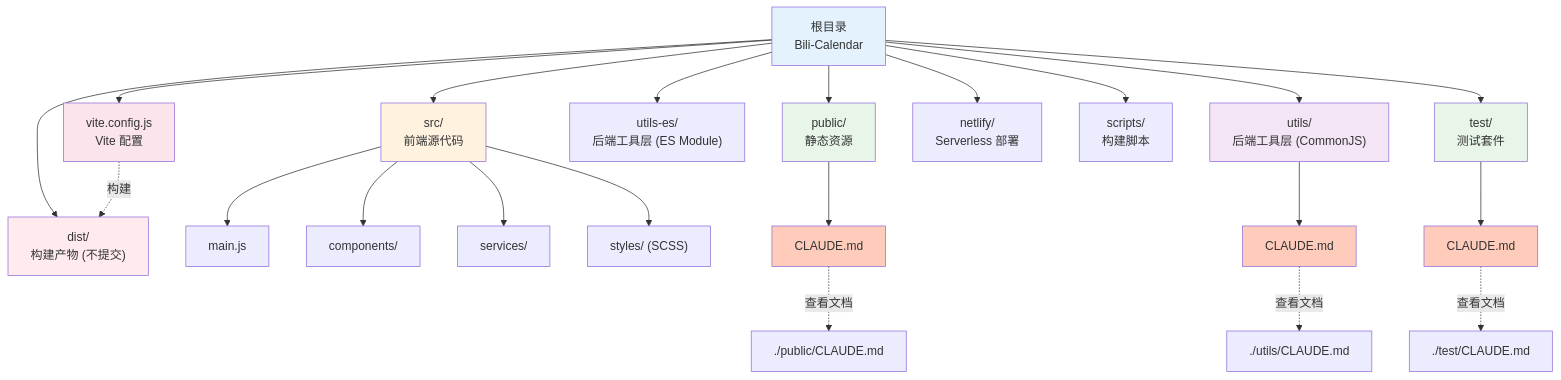
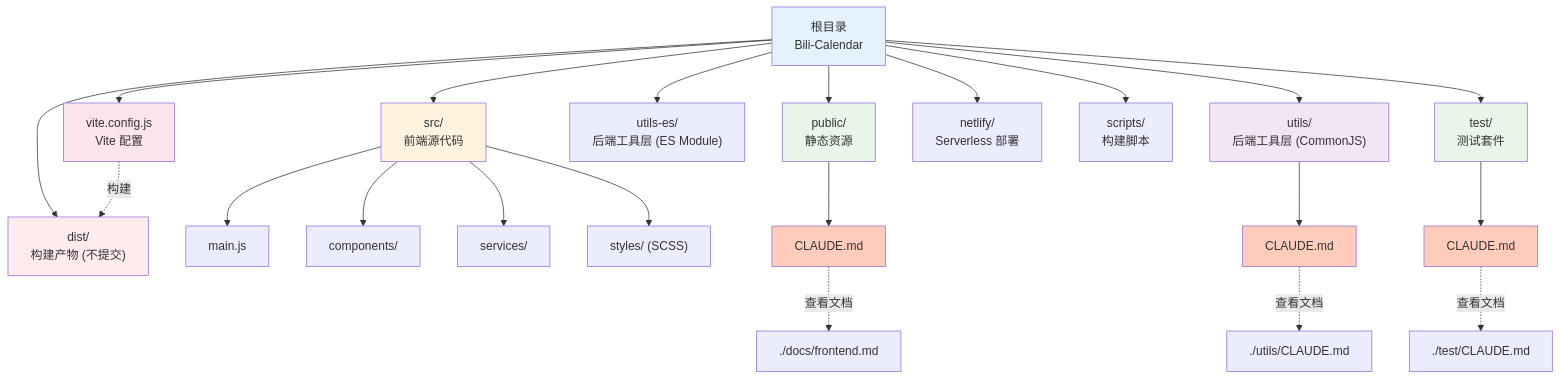
One commit to Silentely/Bili-Calendar changed the diagram in CLAUDE.md. Above: the diagram before and after it, drawn with Mermaid. The commit also changed other lines of this file and 2 other files, not shown here.

````diff
--- a/CLAUDE.md
+++ b/CLAUDE.md
@@ -176,38 +176,38 @@
 ```mermaid
 graph TD
     Root["根目录<br/>Bili-Calendar"] --> Src["src/<br/>前端源代码"]
     Root --> Public["public/<br/>静态资源"]
     Root --> Dist["dist/<br/>构建产物 (不提交)"]
     Root --> Utils["utils/<br/>后端工具层 (CommonJS)"]
     Root --> UtilsES["utils-es/<br/>后端工具层 (ES Module)"]
     Root --> Test["test/<br/>测试套件"]
     Root --> Netlify["netlify/<br/>Serverless 部署"]
     Root --> Scripts["scripts/<br/>构建脚本"]
     Root --> ViteConfig["vite.config.js<br/>Vite 配置"]
 
     Src --> SrcMain["main.js"]
     Src --> SrcComponents["components/"]
     Src --> SrcServices["services/"]
     Src --> SrcStyles["styles/ (SCSS)"]
 
     Public --> PublicCLAUDE["CLAUDE.md"]
     Utils --> UtilsCLAUDE["CLAUDE.md"]
     Test --> TestCLAUDE["CLAUDE.md"]
 
-    PublicCLAUDE -.->|"查看文档"| PublicLink["./public/CLAUDE.md"]
+    PublicCLAUDE -.->|"查看文档"| PublicLink["./docs/frontend.md"]
     UtilsCLAUDE -.->|"查看文档"| UtilsLink["./utils/CLAUDE.md"]
     TestCLAUDE -.->|"查看文档"| TestLink["./test/CLAUDE.md"]
 
     ViteConfig -.->|"构建"| Dist
 
     style Root fill:#e3f2fd
     style Src fill:#fff3e0
     style Public fill:#e8f5e9
     style Dist fill:#ffebee
     style Utils fill:#f3e5f5
     style Test fill:#e8f5e9
     style ViteConfig fill:#fce4ec
     style PublicCLAUDE fill:#ffccbc
     style UtilsCLAUDE fill:#ffccbc
     style TestCLAUDE fill:#ffccbc
 ```
````
